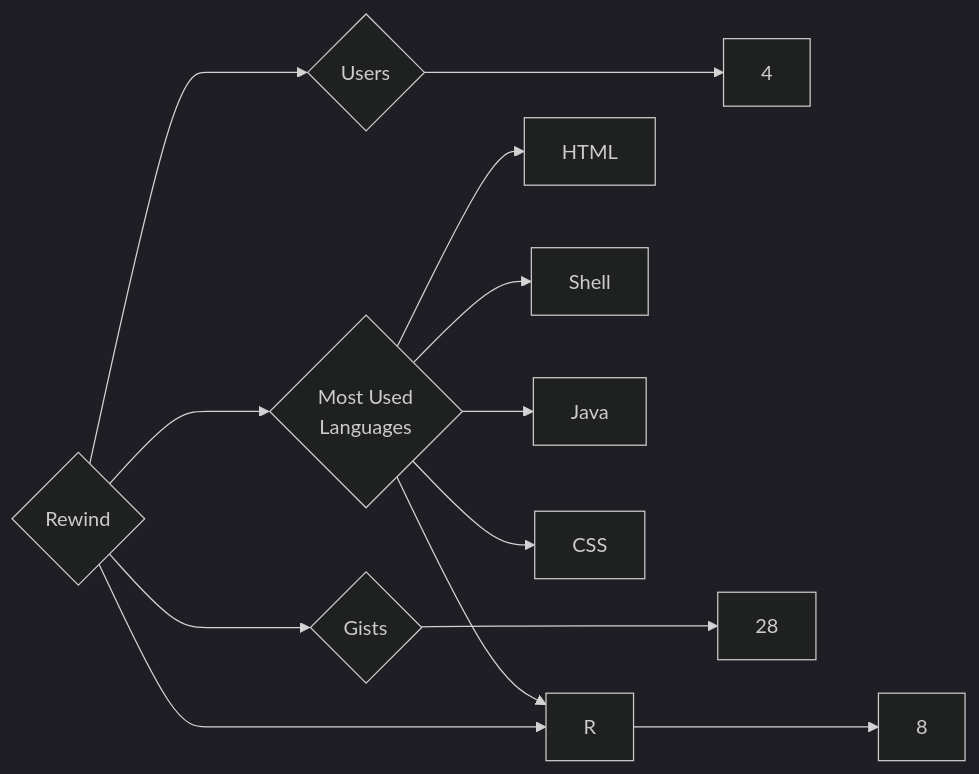
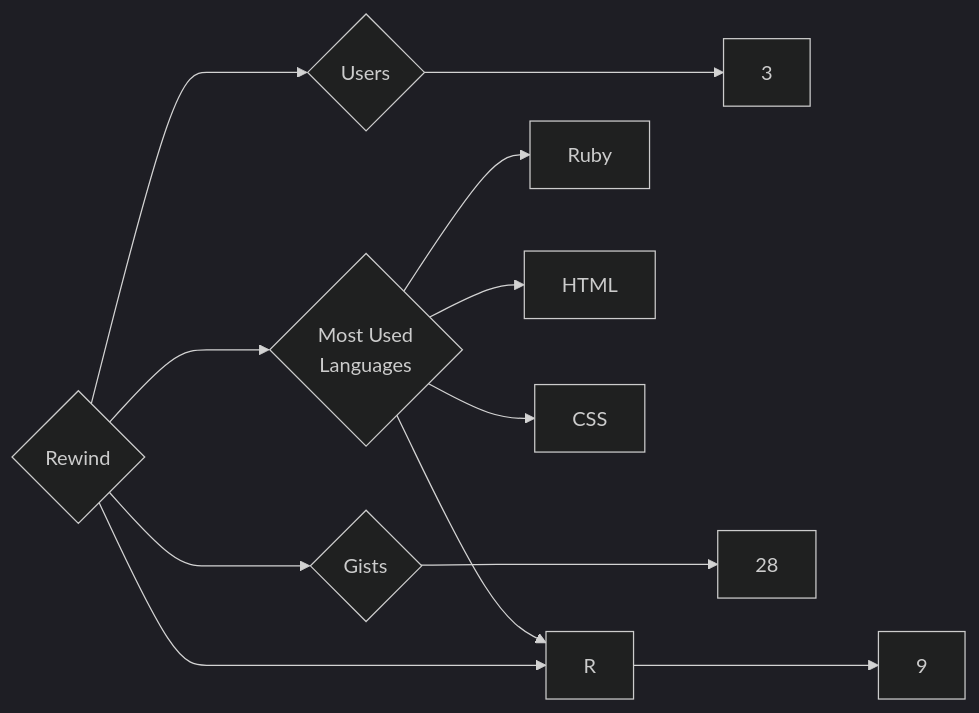
One commit to trickest/insiders changed the diagram in targets/Rewind/README.md. Above: the diagram before and after it, drawn with Mermaid (dark theme). The commit also changed 1389 other files, not shown here.

````diff
--- a/targets/Rewind/README.md
+++ b/targets/Rewind/README.md
@@ -3,13 +3,12 @@
 ```mermaid
 graph LR
 COMPANY_NAME{Rewind}
-COMPANY_NAME ---> U{Users} ---> UN[4]
-COMPANY_NAME ---> R{Repositories} ---> RN[8]
+COMPANY_NAME ---> U{Users} ---> UN[3]
+COMPANY_NAME ---> R{Repositories} ---> RN[9]
 COMPANY_NAME ---> G{Gists} ---> GN[28]
 COMPANY_NAME ---> ML{Most Used<br>Languages}
+ML --> Ruby[Ruby]
+ML --> R[R]
 ML --> HTML[HTML]
-ML --> Shell[Shell]
-ML --> R[R]
-ML --> Java[Java]
 ML --> CSS[CSS]
 ```
````
